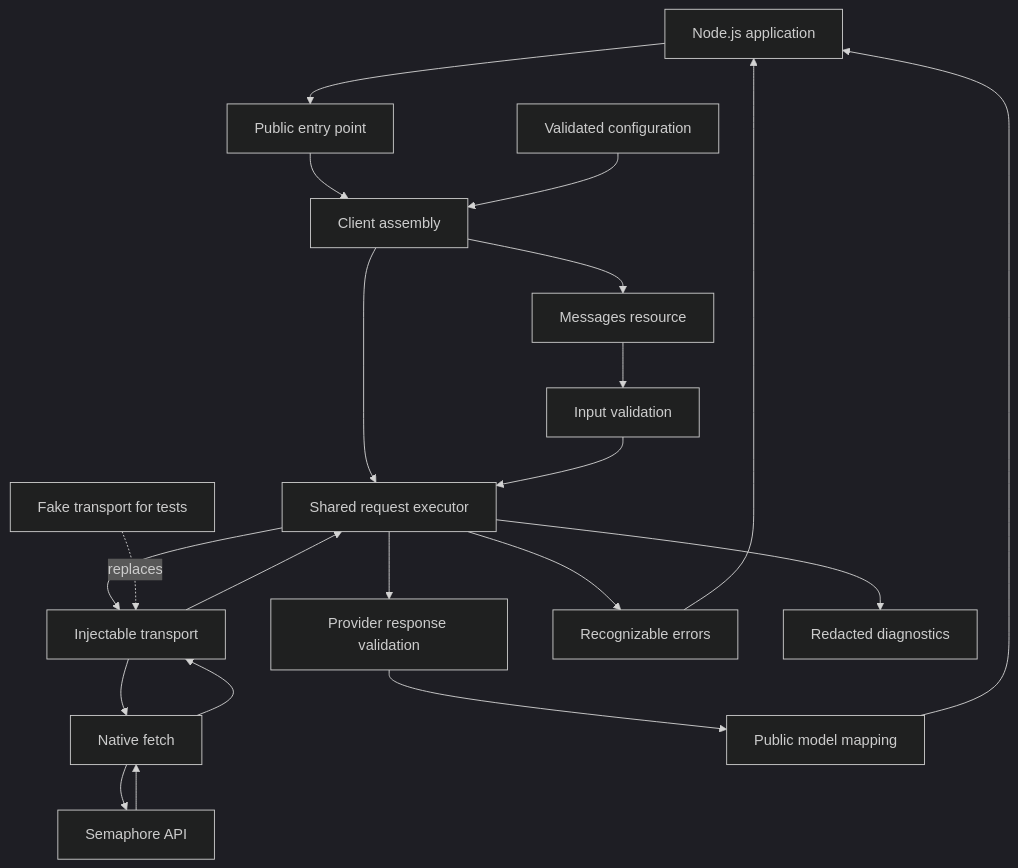
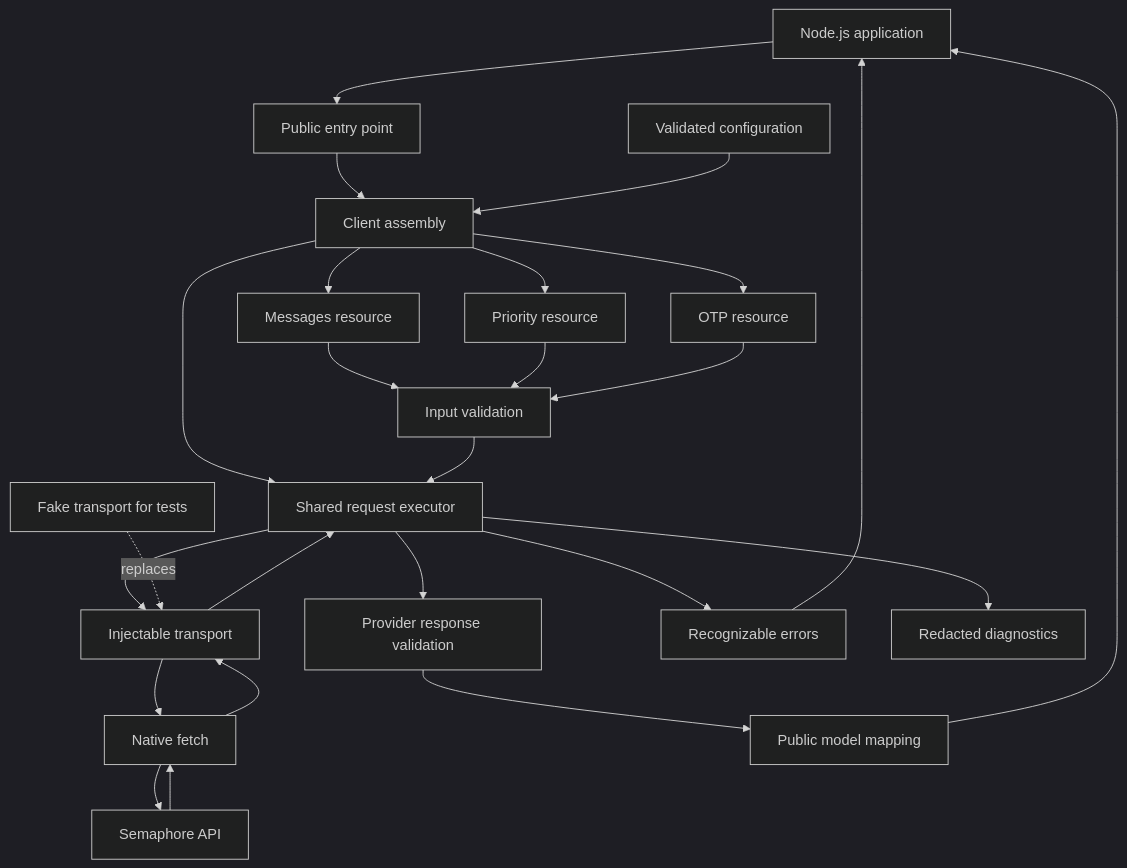
The diagram in README.md (pravennn08/semaphore-sdk), drawn with Mermaid (dark theme) before and after one commit. The commit also changed other lines of this file and 13 other files, not shown here.

````diff
--- a/README.md
+++ b/README.md
@@ -175,30 +240,34 @@
 ```mermaid
 flowchart TD
     APP[Node.js application] --> ENTRY[Public entry point]
     ENTRY --> CLIENT[Client assembly]
 
     CONFIG[Validated configuration] --> CLIENT
     CLIENT --> RESOURCE[Messages resource]
+    CLIENT --> PRIORITY[Priority resource]
+    CLIENT --> OTP[OTP resource]
     CLIENT --> REQUEST[Shared request executor]
 
     RESOURCE --> INPUT[Input validation]
+    PRIORITY --> INPUT
+    OTP --> INPUT
     INPUT --> REQUEST
 
     REQUEST --> TRANSPORT[Injectable transport]
     TRANSPORT --> FETCH[Native fetch]
     FETCH --> API[Semaphore API]
 
     API --> FETCH
     FETCH --> TRANSPORT
     TRANSPORT --> REQUEST
 
     REQUEST --> SCHEMA[Provider response validation]
     SCHEMA --> MAPPER[Public model mapping]
     MAPPER --> APP
 
     REQUEST --> ERRORS[Recognizable errors]
     ERRORS --> APP
 
     REQUEST --> REDACT[Redacted diagnostics]
     FAKE[Fake transport for tests] -. replaces .-> TRANSPORT
 ```
````
